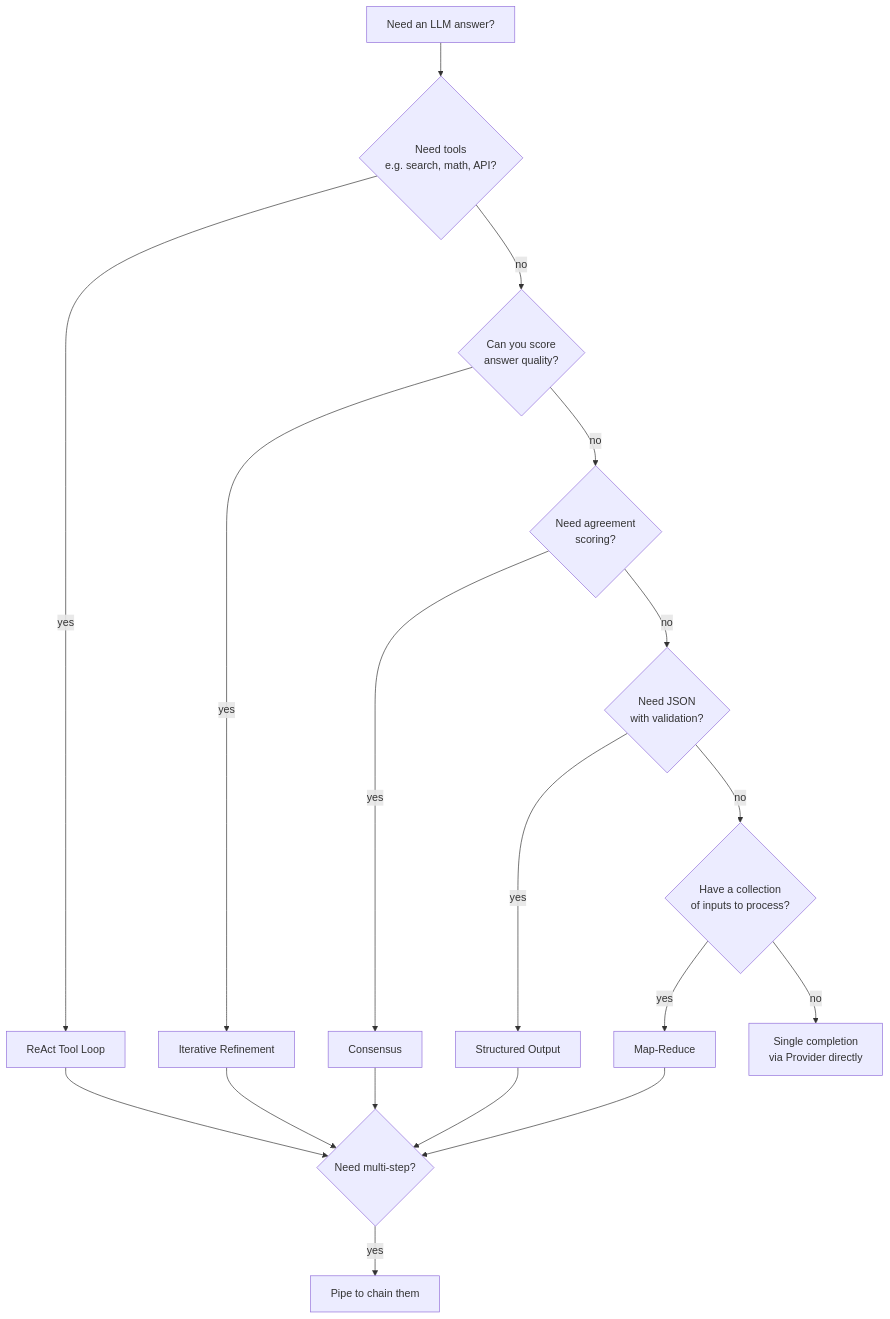
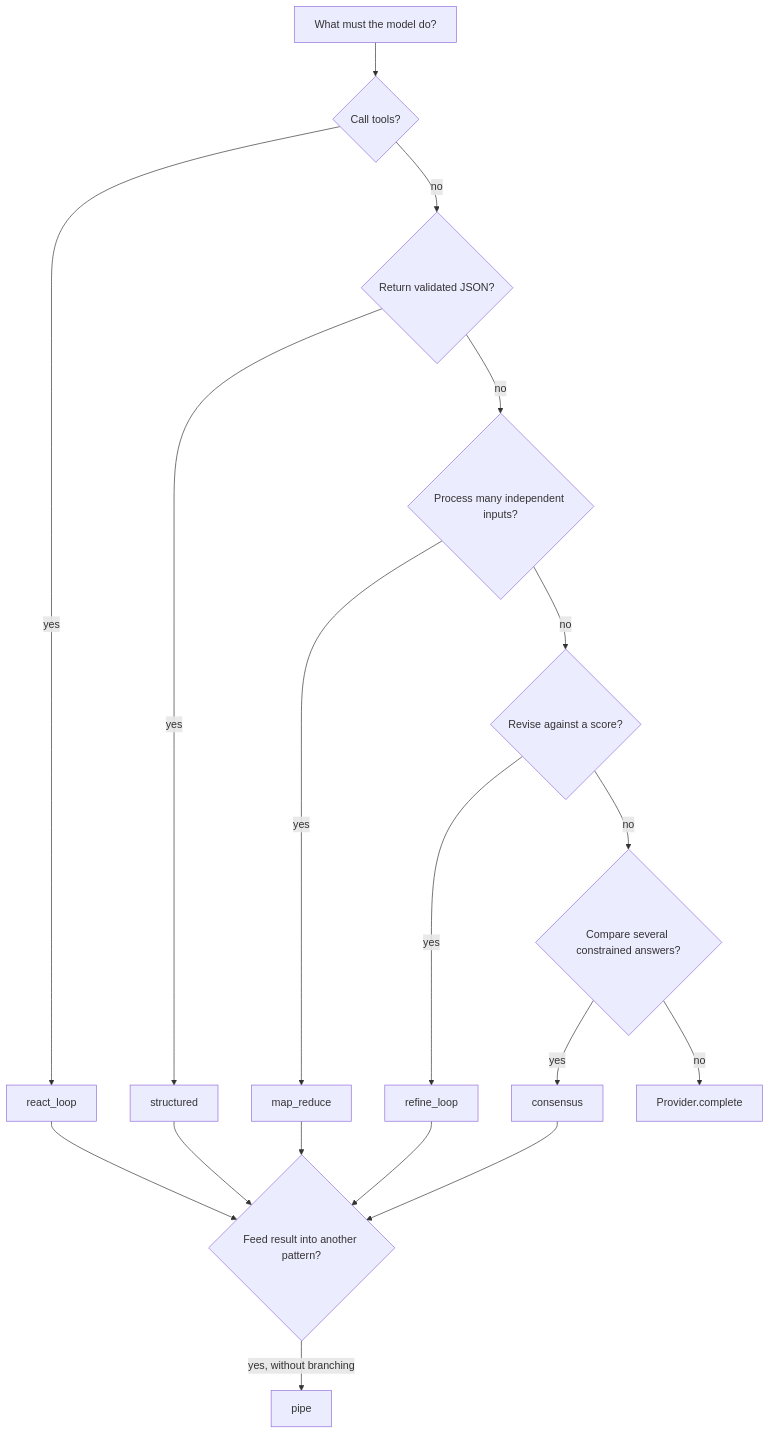
One commit to tafreeman/executionkit changed the diagram in docs/patterns/index.md. Above: the diagram before and after it, drawn with Mermaid. The commit also changed other lines of this file and 70 other files, not shown here.

````diff
--- a/docs/patterns/index.md
+++ b/docs/patterns/index.md
@@ -16,20 +19,20 @@
 ```mermaid
 flowchart TD
-    A[Need an LLM answer?] --> B{Need tools<br/>e.g. search, math, API?}
-    B -- yes --> C[ReAct Tool Loop]
-    B -- no --> D{Can you score<br/>answer quality?}
-    D -- yes --> E[Iterative Refinement]
-    D -- no --> F{Need agreement<br/>scoring?}
-    F -- yes --> G[Consensus]
-    F -- no --> K{Need JSON<br/>with validation?}
-    K -- yes --> L[Structured Output]
-    K -- no --> M{Have a collection<br/>of inputs to process?}
-    M -- yes --> N[Map-Reduce]
-    M -- no --> H[Single completion<br/>via Provider directly]
-    C --> I{Need multi-step?}
-    E --> I
-    G --> I
-    L --> I
-    N --> I
-    I -- yes --> J[Pipe to chain them]
+    A["What must the model do?"] --> B{"Call tools?"}
+    B -- "yes" --> C["react_loop"]
+    B -- "no" --> D{"Return validated JSON?"}
+    D -- "yes" --> E["structured"]
+    D -- "no" --> F{"Process many independent inputs?"}
+    F -- "yes" --> G["map_reduce"]
+    F -- "no" --> H{"Revise against a score?"}
+    H -- "yes" --> I["refine_loop"]
+    H -- "no" --> J{"Compare several constrained answers?"}
+    J -- "yes" --> K["consensus"]
+    J -- "no" --> L["Provider.complete"]
+    C --> M{"Feed result into another pattern?"}
+    E --> M
+    G --> M
+    I --> M
+    K --> M
+    M -- "yes, without branching" --> N["pipe"]
 ```
````
